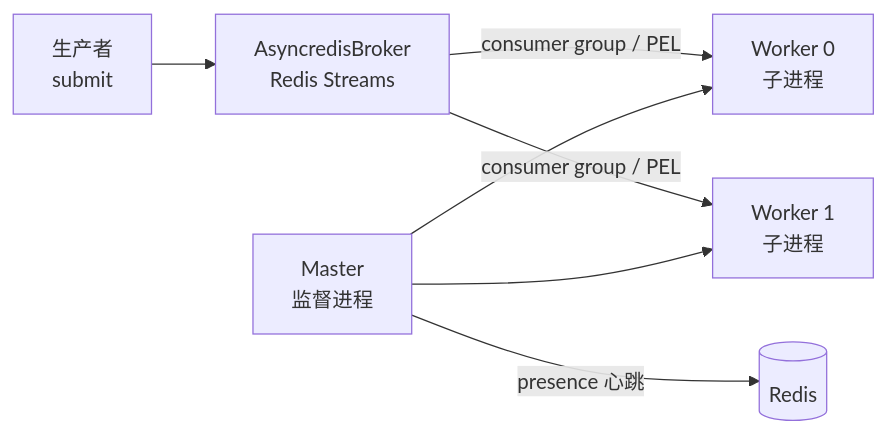
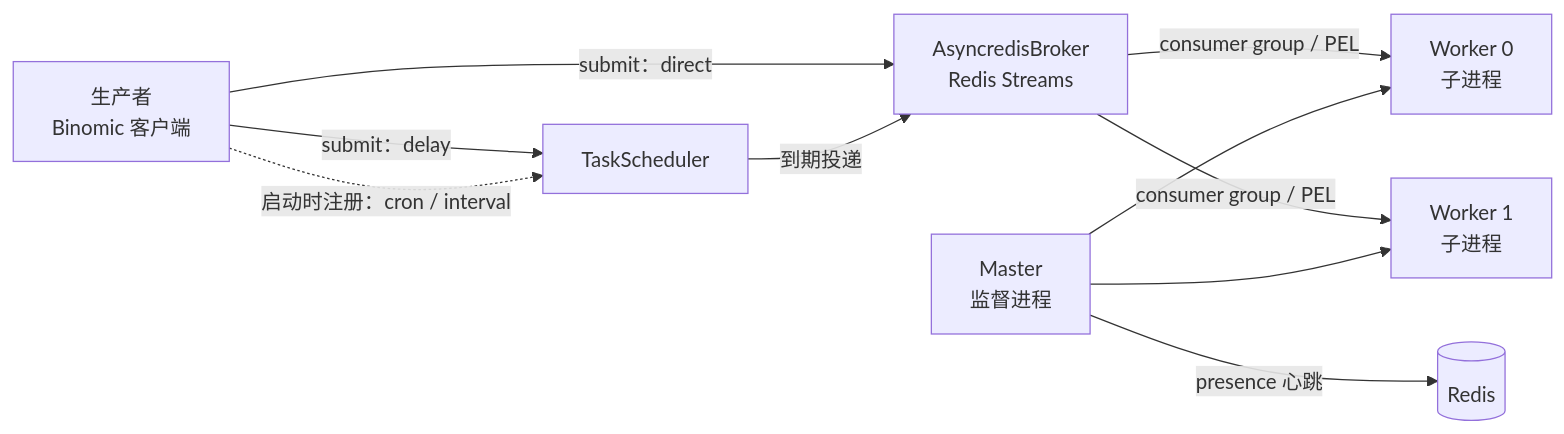
The diagram in docs/guide/architecture.md (Ahsen17/binomic), drawn with Mermaid before and after one commit. The commit also changed other lines of this file and 1 other file, not shown here.

First line of the commit message:
docs: describe the scheduler and per-mode submission in the architecture

````diff
--- a/docs/guide/architecture.md
+++ b/docs/guide/architecture.md
@@ -3,9 +3,12 @@
 ```{mermaid}
 flowchart LR
-    P[生产者<br>submit] --> B[AsyncredisBroker<br>Redis Streams]
+    P[生产者<br>Binomic 客户端] -->|submit：direct| B[AsyncredisBroker<br>Redis Streams]
+    P -->|submit：delay| S[TaskScheduler]
+    P -.->|启动时注册：cron / interval| S
+    S -->|到期投递| B
     B -->|consumer group / PEL| W1[Worker 0<br>子进程]
     B -->|consumer group / PEL| W2[Worker 1<br>子进程]
     M[Master<br>监督进程] --> W1
     M --> W2
     M -->|presence 心跳| R[(Redis)]
 ```
````
